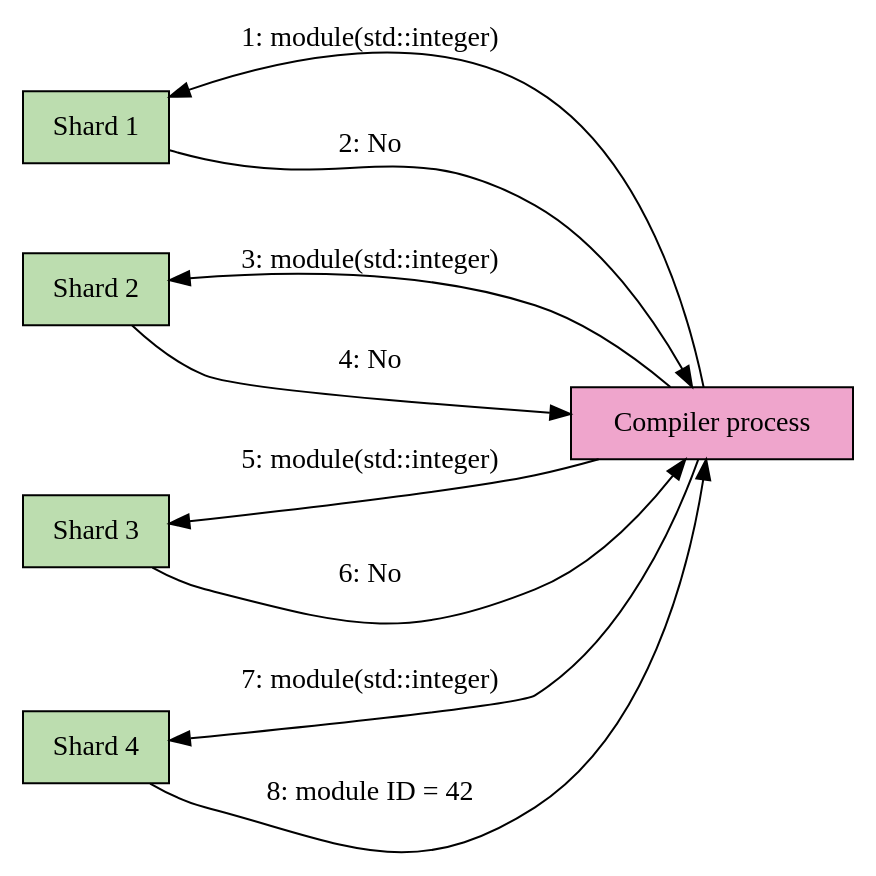
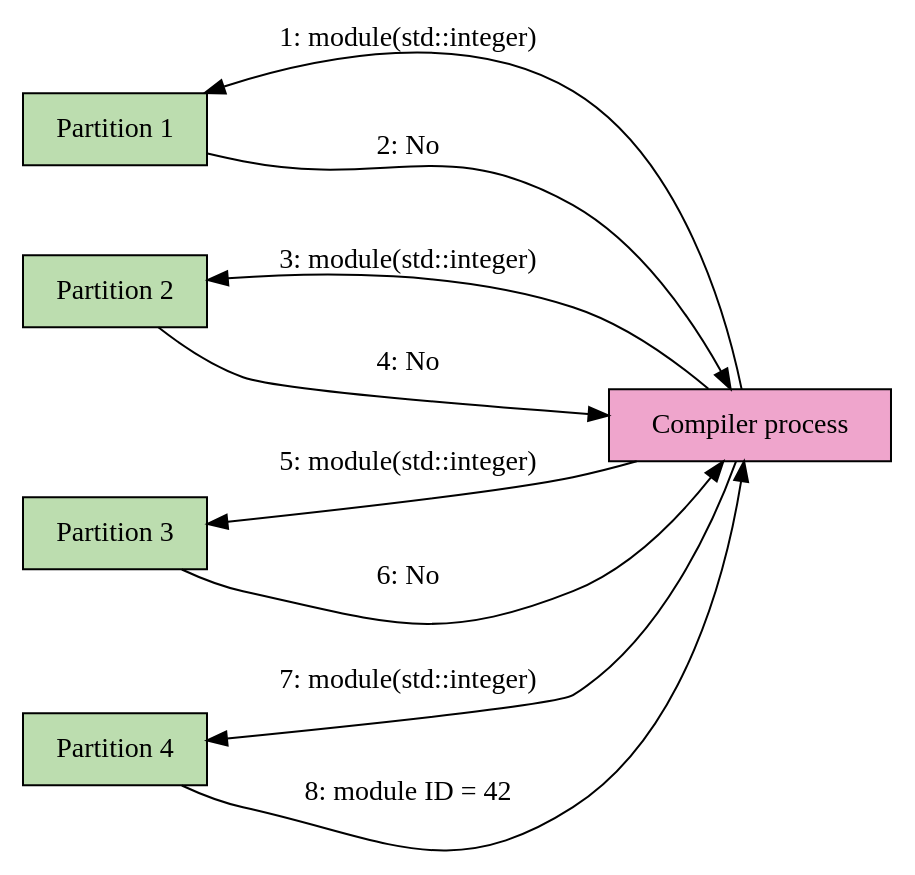
One commit to inko-lang/website changed the diagram in source/images/september-2019-progress-report/modules.dot. Above: the diagram before and after it, drawn with Graphviz. The commit also changed 4 other files, not shown here.

First line of the commit message:
Replace "shard" with "partition"

```diff
--- a/source/images/september-2019-progress-report/modules.dot
+++ b/source/images/september-2019-progress-report/modules.dot
@@ -1,22 +1,22 @@
 digraph Flow {
     rankdir = RL
     node[shape=box]
 
     "Compiler process"[fillcolor="#EFA5CC" style=filled]
-    "Shard 1"[fillcolor="#BCDDAF" style=filled]
-    "Shard 2"[fillcolor="#BCDDAF" style=filled]
-    "Shard 3"[fillcolor="#BCDDAF" style=filled]
-    "Shard 4"[fillcolor="#BCDDAF" style=filled]
+    "Partition 1"[fillcolor="#BCDDAF" style=filled]
+    "Partition 2"[fillcolor="#BCDDAF" style=filled]
+    "Partition 3"[fillcolor="#BCDDAF" style=filled]
+    "Partition 4"[fillcolor="#BCDDAF" style=filled]
 
-    "Compiler process" -> "Shard 1"[label="1: module(std::integer)\n"]
-    "Shard 1" -> "Compiler process"[label="\n2: No"]
+    "Compiler process" -> "Partition 1"[label="1: module(std::integer)\n"]
+    "Partition 1" -> "Compiler process"[label="\n2: No"]
 
-    "Compiler process" -> "Shard 2"[label="\n3: module(std::integer)\n"]
-    "Shard 2" -> "Compiler process"[label="\n4: No"]
+    "Compiler process" -> "Partition 2"[label="\n3: module(std::integer)\n"]
+    "Partition 2" -> "Compiler process"[label="\n4: No"]
 
-    "Compiler process" -> "Shard 3"[label="\n5: module(std::integer)\n"]
-    "Shard 3" -> "Compiler process"[label="\n6: No"]
+    "Compiler process" -> "Partition 3"[label="\n5: module(std::integer)\n"]
+    "Partition 3" -> "Compiler process"[label="\n6: No"]
 
-    "Compiler process" -> "Shard 4"[label="\n7: module(std::integer)\n"]
-    "Shard 4" -> "Compiler process"[label="\n8: module ID = 42"]
+    "Compiler process" -> "Partition 4"[label="\n7: module(std::integer)\n"]
+    "Partition 4" -> "Compiler process"[label="\n8: module ID = 42"]
 }
```
